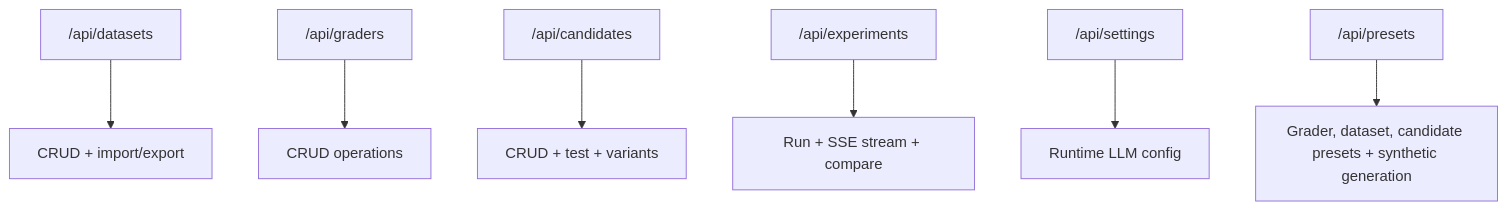
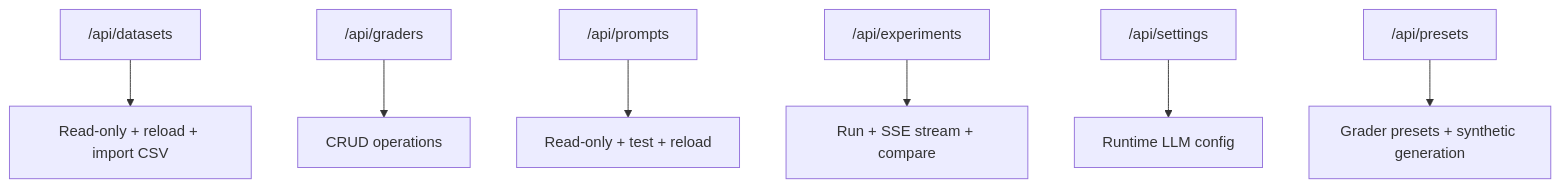
One commit to framersai/agentos-live-docs changed the seventh of 7 diagrams in packages/fullstack-evals-harness-example/ARCHITECTURE.md. Above: the diagram before and after it, drawn with Mermaid. The commit also changed other lines of this file and 17 other files, not shown here.

First line of the commit message:
feat(evals): CSV-primary datasets with file-based loader

````diff
--- a/packages/fullstack-evals-harness-example/ARCHITECTURE.md
+++ b/packages/fullstack-evals-harness-example/ARCHITECTURE.md
@@ -241,9 +241,9 @@
 ```mermaid
 graph TD
-    A["/api/datasets"] --> B[CRUD + import/export]
+    A["/api/datasets"] --> B[Read-only + reload + import CSV]
     C["/api/graders"] --> D[CRUD operations]
-    K["/api/candidates"] --> L[CRUD + test + variants]
+    K["/api/prompts"] --> L[Read-only + test + reload]
     E["/api/experiments"] --> F[Run + SSE stream + compare]
     G["/api/settings"] --> H[Runtime LLM config]
-    I["/api/presets"] --> J[Grader, dataset, candidate presets + synthetic generation]
+    I["/api/presets"] --> J[Grader presets + synthetic generation]
 ```
````
